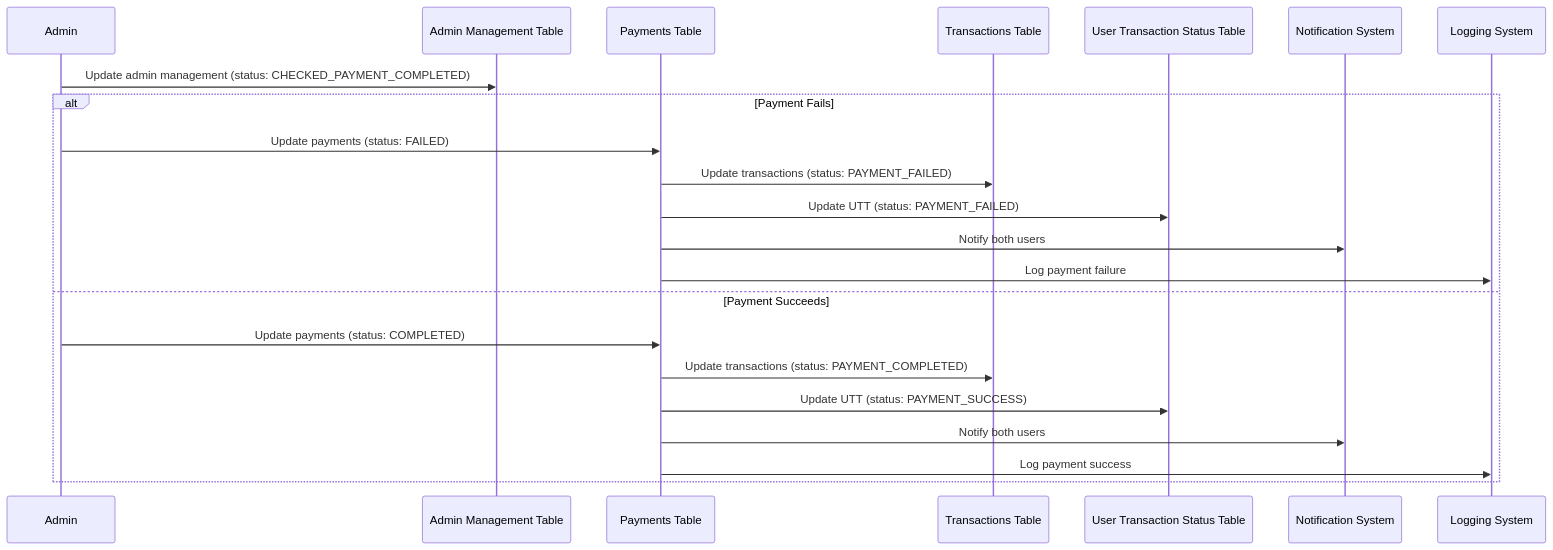
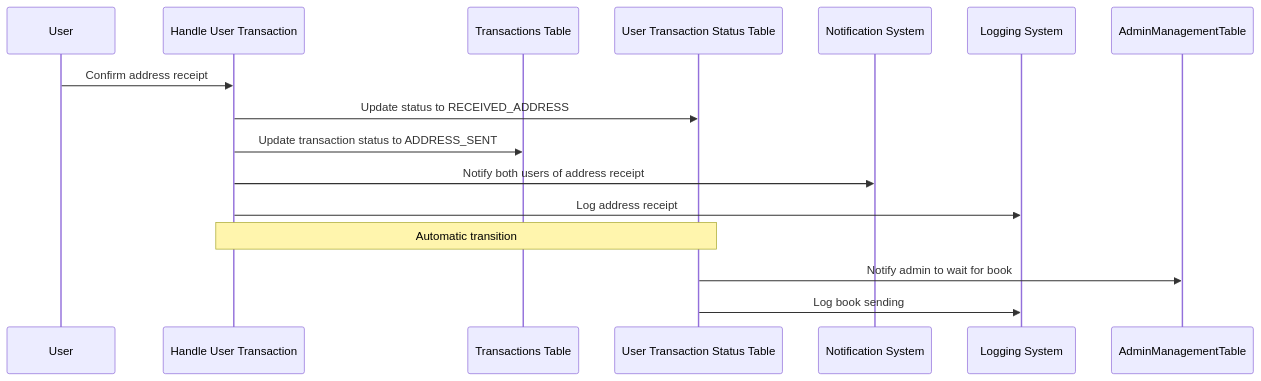
The seventh of 11 diagrams in documents/Exchange.flow.md (Loknong/book-exchange), drawn with Mermaid before and after one commit. The commit also changed other lines of this file, not shown here.

````diff
--- a/documents/Exchange.flow.md
+++ b/documents/Exchange.flow.md
@@ -234,26 +230,19 @@
 ```mermaid
 sequenceDiagram
-    participant Admin
-    participant AdminManagementTable as Admin Management Table
-    participant PaymentsTable as Payments Table
+    participant User
+    participant HandleUserTransaction as Handle User Transaction
     participant TransactionsTable as Transactions Table
     participant UserTransactionStatusTable as User Transaction Status Table
     participant NotificationSystem as Notification System
     participant LoggingSystem as Logging System
 
-    Admin->>AdminManagementTable: Update admin management (status: CHECKED_PAYMENT_COMPLETED)
+    User->>HandleUserTransaction: Confirm address receipt
+    HandleUserTransaction->>UserTransactionStatusTable: Update status to RECEIVED_ADDRESS
+    HandleUserTransaction->>TransactionsTable: Update transaction status to ADDRESS_SENT
+    HandleUserTransaction->>NotificationSystem: Notify both users of address receipt
+    HandleUserTransaction->>LoggingSystem: Log address receipt
 
-    alt Payment Fails
-        Admin->>PaymentsTable: Update payments (status: FAILED)
-        PaymentsTable->>TransactionsTable: Update transactions (status: PAYMENT_FAILED)
-        PaymentsTable->>UserTransactionStatusTable: Update UTT (status: PAYMENT_FAILED)
-        PaymentsTable->>NotificationSystem: Notify both users
-        PaymentsTable->>LoggingSystem: Log payment failure
-    else Payment Succeeds
-        Admin->>PaymentsTable: Update payments (status: COMPLETED)
-        PaymentsTable->>TransactionsTable: Update transactions (status: PAYMENT_COMPLETED)
-        PaymentsTable->>UserTransactionStatusTable: Update UTT (status: PAYMENT_SUCCESS)
-        PaymentsTable->>NotificationSystem: Notify both users
-        PaymentsTable->>LoggingSystem: Log payment success
-    end
+    note over HandleUserTransaction, UserTransactionStatusTable: Automatic transition
+    UserTransactionStatusTable->>AdminManagementTable: Notify admin to wait for book
+    UserTransactionStatusTable->>LoggingSystem: Log book sending
 ```
````
